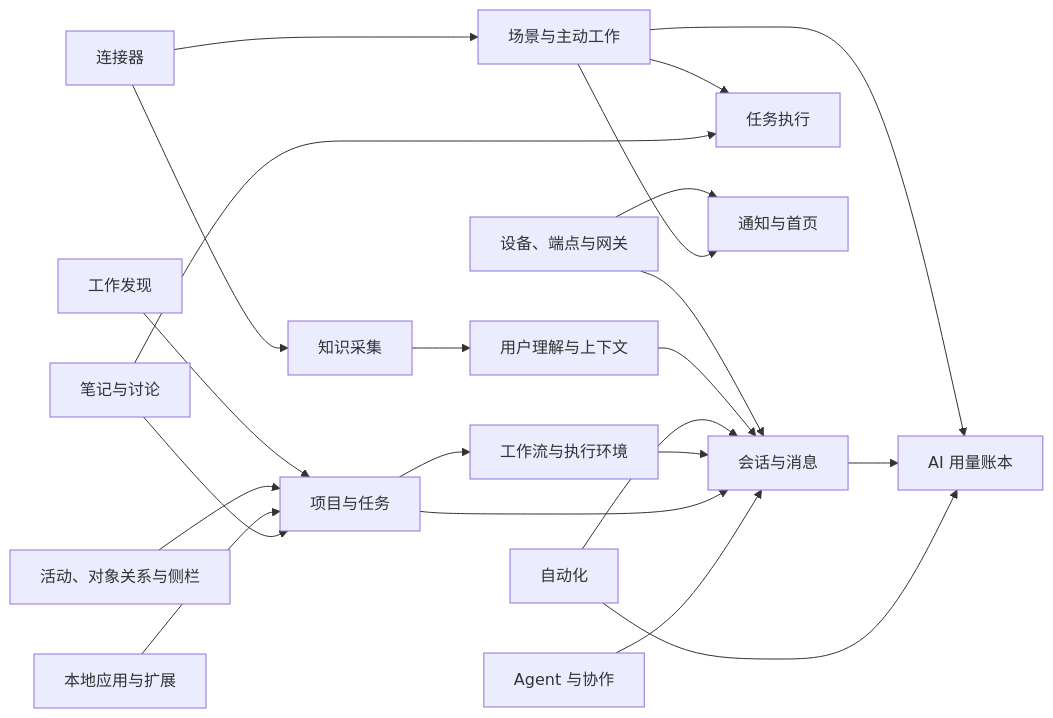
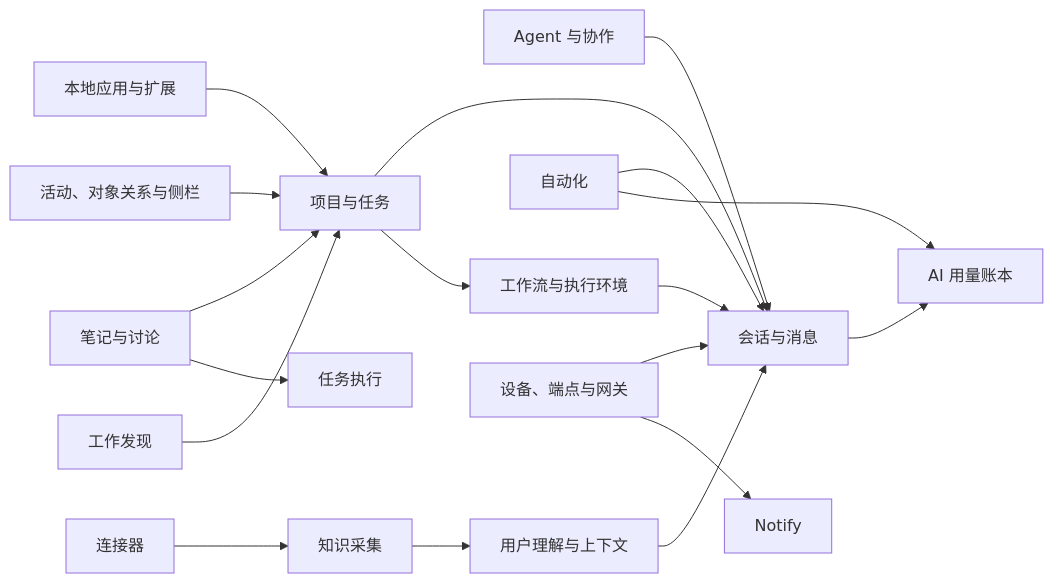
One commit to xopcai/xopc changed the first of 4 diagrams in docs/design/technical/database-domain-model.md. Above: the diagram before and after it, drawn with Mermaid. The commit also changed other lines of this file and 281 other files, not shown here.

````diff
--- a/docs/design/technical/database-domain-model.md
+++ b/docs/design/technical/database-domain-model.md
@@ -29,24 +29,20 @@
 ```mermaid
 flowchart LR
   Agent[Agent 与协作] --> Session[会话与消息]
   Project[项目与任务] --> Session
   Project --> Workflow[工作流与执行环境]
   Workflow --> Session
   Automation[自动化] --> Session
   Automation --> Usage[AI 用量账本]
   Connector[连接器] --> Knowledge[知识采集]
-  Connector --> Scene[场景与主动工作]
   Knowledge --> Understanding[用户理解与上下文]
   Understanding --> Session
   Session --> Usage
   Notes[笔记与讨论] --> Project
   Notes --> Task[任务执行]
-  Scene --> Task
-  Scene --> Notify[通知与首页]
-  Scene --> Usage
   Device[设备、端点与网关] --> Session
   Device --> Notify
   App[本地应用与扩展] --> Project
   Activity[活动、对象关系与侧栏] --> Project
   Discovery[工作发现] --> Project
 ```
````
